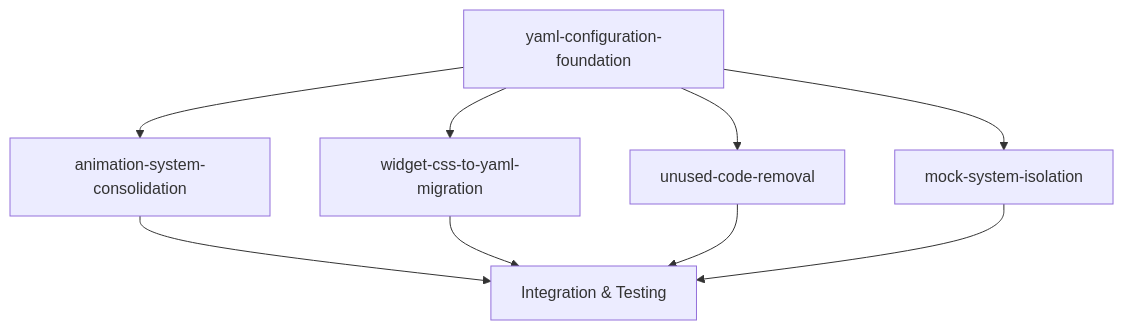
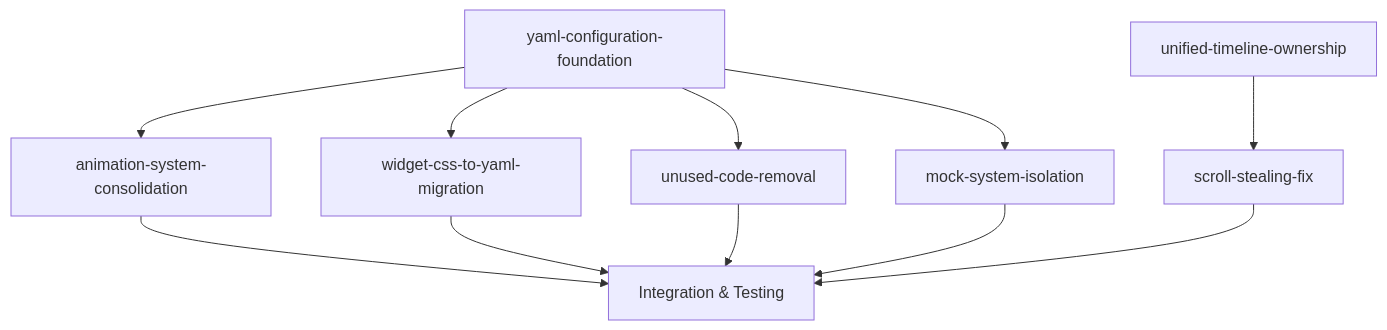
The diagram in bin/llm-repl-project/.ai/ledgers/v3.15/README.md (dzackgarza/dotfiles), drawn with Mermaid before and after one commit. The commit also changed other lines of this file and 23 other files, not shown here.

First line of the commit message:
fix: cognition sub-module progress tracking but architecture remains broken

````diff
--- a/bin/llm-repl-project/.ai/ledgers/v3.15/README.md
+++ b/bin/llm-repl-project/.ai/ledgers/v3.15/README.md
@@ -13,12 +13,15 @@
 ```mermaid
 graph TD
     A[yaml-configuration-foundation] --> B[animation-system-consolidation]
     A --> C[widget-css-to-yaml-migration]
     A --> D[unused-code-removal]
     A --> E[mock-system-isolation]
     
+    G[unified-timeline-ownership] --> H[scroll-stealing-fix]
+    
     B --> F[Integration & Testing]
     C --> F
     D --> F
     E --> F
+    H --> F
 ```
````
